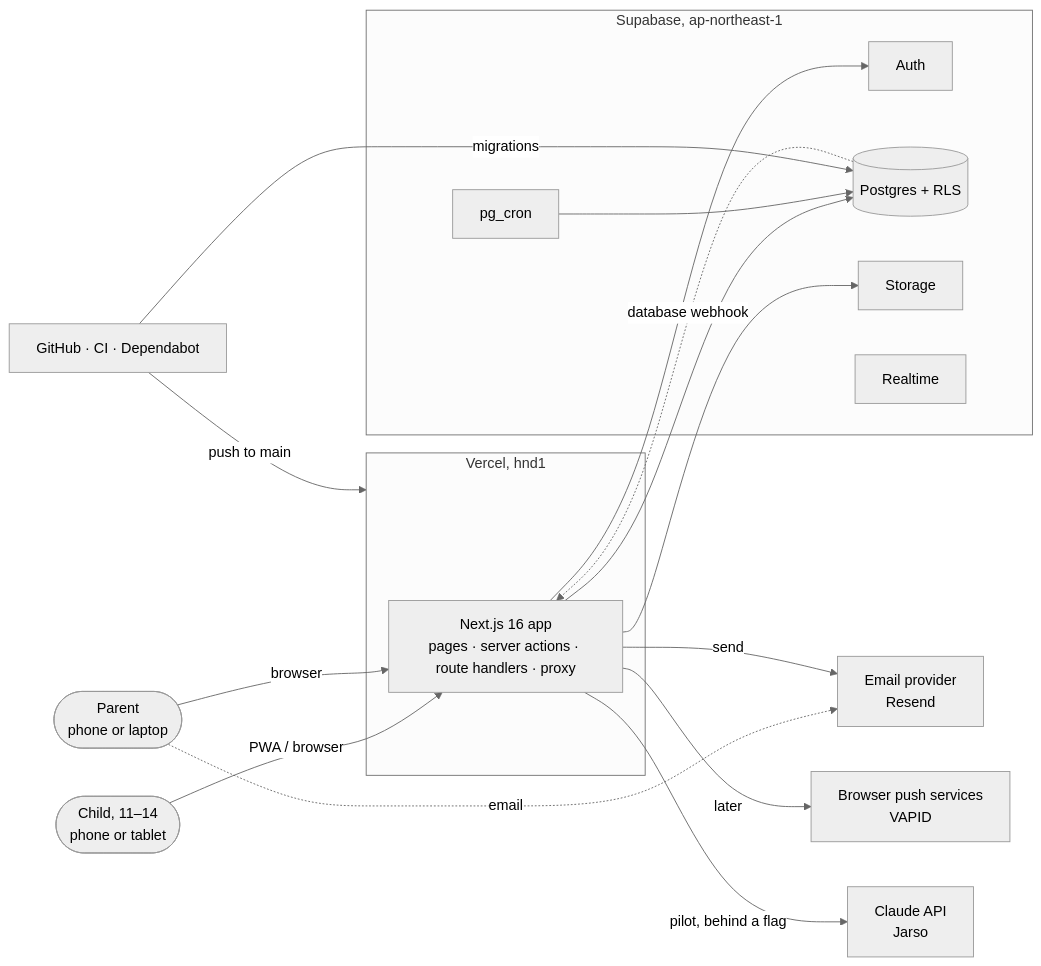
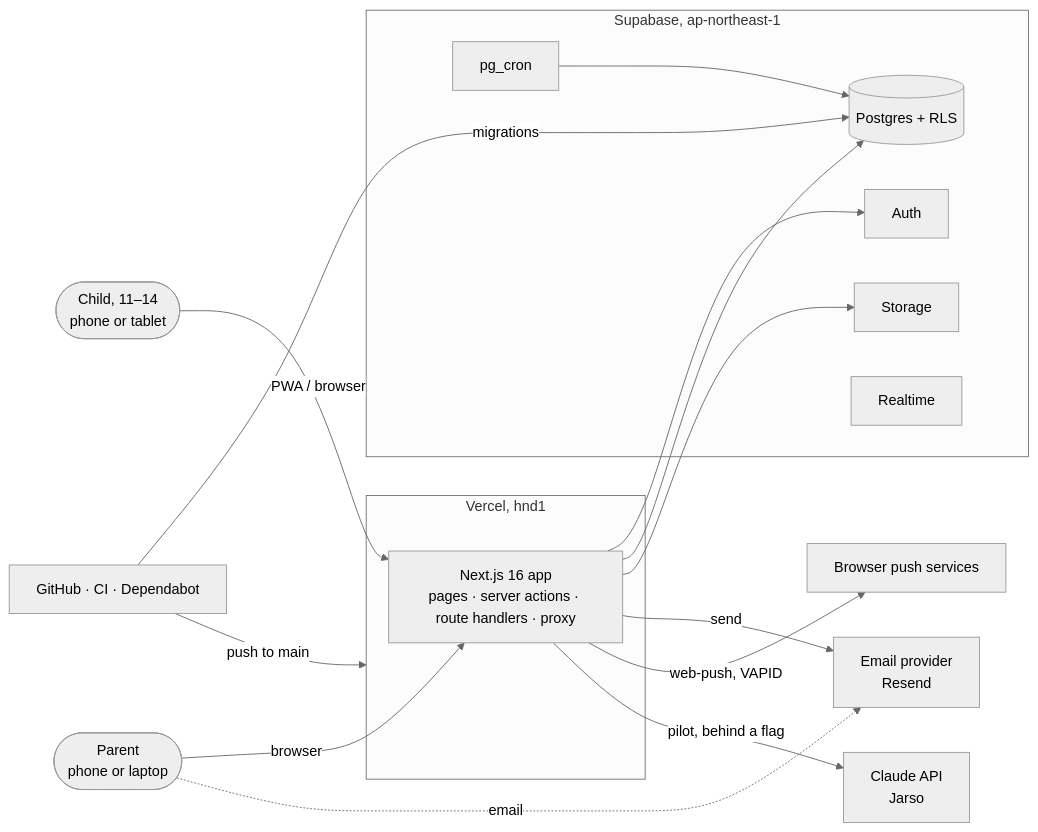
One commit to harisshakeel/Jarso changed the first of 7 diagrams in docs/architecture.md. Above: the diagram before and after it, drawn with Mermaid (neutral theme). The commit also changed other lines of this file and 49 other files, not shown here.

First line of the commit message:
feat(notifications): web push and app install (FR16) (#49)

````diff
--- a/docs/architecture.md
+++ b/docs/architecture.md
@@ -18,26 +18,25 @@
 ```mermaid
 flowchart LR
   child([Child, 11–14<br/>phone or tablet]) -->|PWA / browser| app
   parent([Parent<br/>phone or laptop]) -->|browser| app
   parent -. email .-> email
   subgraph vercel [Vercel, hnd1]
     app[Next.js 16 app<br/>pages · server actions · route handlers · proxy]
   end
   subgraph supabase [Supabase, ap-northeast-1]
     auth[Auth]
     db[(Postgres + RLS)]
     cron[pg_cron]
     storage[Storage]
     realtime[Realtime]
   end
   app --> auth
   app --> db
   app --> storage
   cron --> db
-  db -. database webhook .-> app
   app -->|send| email[Email provider<br/>Resend]
-  app -->|later| push[Browser push services<br/>VAPID]
+  app -->|web-push, VAPID| push[Browser push services]
   app -->|pilot, behind a flag| claude[Claude API<br/>Jarso]
   github[GitHub · CI · Dependabot] -->|push to main| vercel
   github -->|migrations| db
 ```
````
